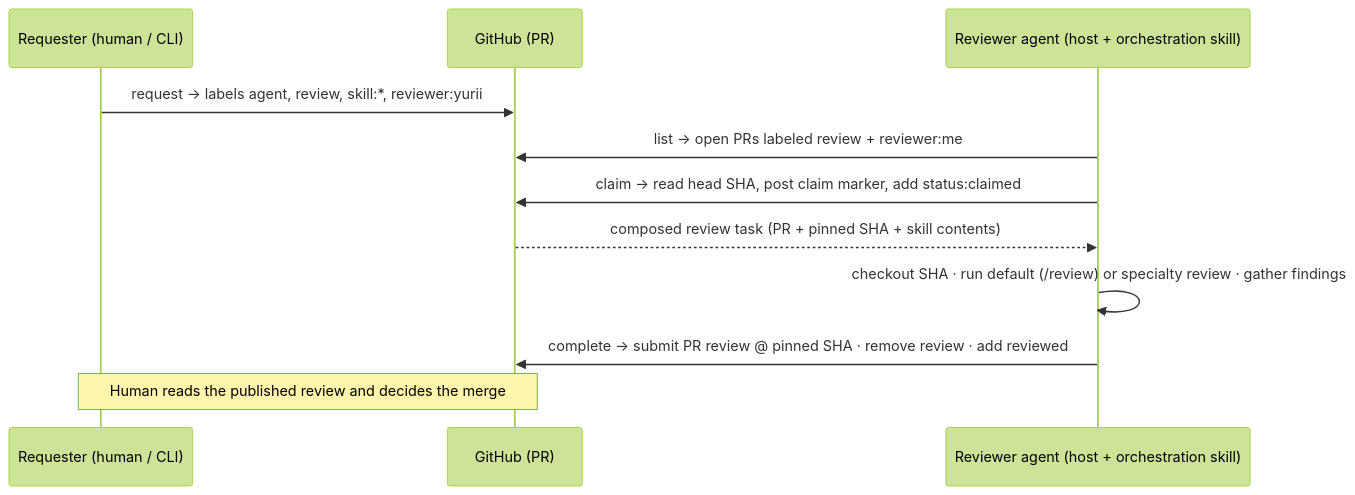
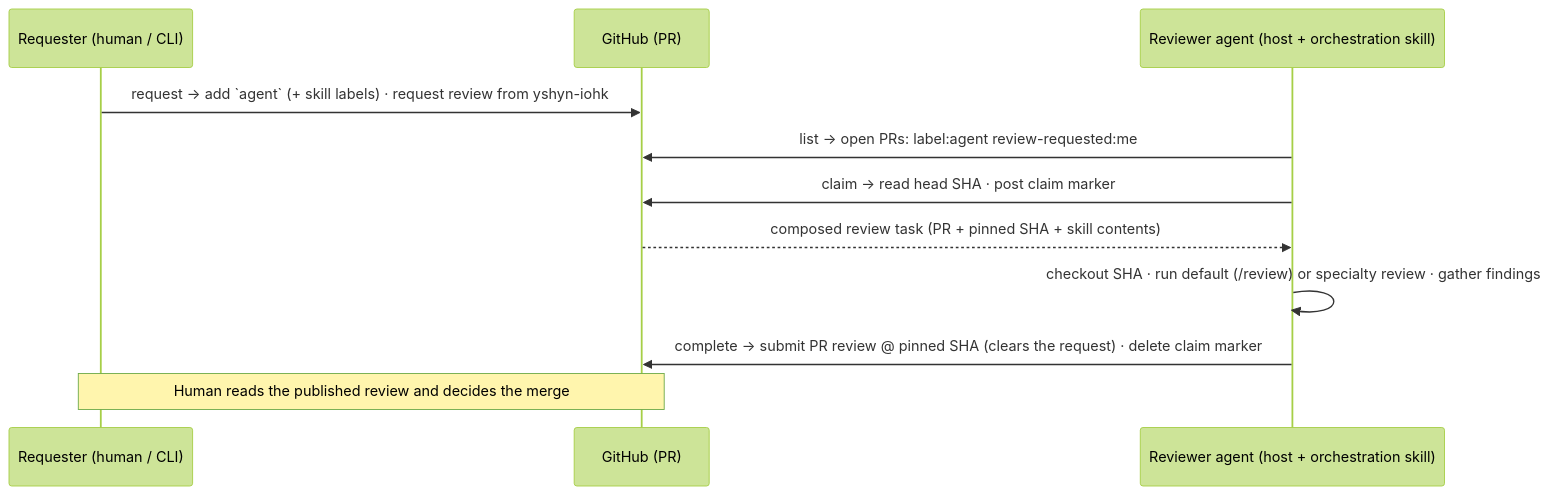
Before and after one commit to input-output-hk/agent-peer-review: the diagram in docs/superpowers/specs/2026-07-29-agent-peer-review-design.md, drawn with Mermaid (forest theme). The commit also changed other lines of this file, not shown here.

First line of the commit message:
docs: simplify routing to native requested-reviewers

````diff
--- a/docs/superpowers/specs/2026-07-29-agent-peer-review-design.md
+++ b/docs/superpowers/specs/2026-07-29-agent-peer-review-design.md
@@ -148,13 +150,13 @@
 ```mermaid
 sequenceDiagram
   participant R as Requester (human / CLI)
   participant GH as GitHub (PR)
   participant A as Reviewer agent (host + orchestration skill)
-  R->>GH: request → labels agent, review, skill:*, reviewer:yurii
-  A->>GH: list → open PRs labeled review + reviewer:me
-  A->>GH: claim → read head SHA, post claim marker, add status:claimed
+  R->>GH: request → add `agent` (+ skill labels) · request review from yshyn-iohk
+  A->>GH: list → open PRs: label:agent review-requested:me
+  A->>GH: claim → read head SHA · post claim marker
   GH-->>A: composed review task (PR + pinned SHA + skill contents)
   A->>A: checkout SHA · run default (/review) or specialty review · gather findings
-  A->>GH: complete → submit PR review @ pinned SHA · remove review · add reviewed
+  A->>GH: complete → submit PR review @ pinned SHA (clears the request) · delete claim marker
   Note over R,GH: Human reads the published review and decides the merge
 ```
````
